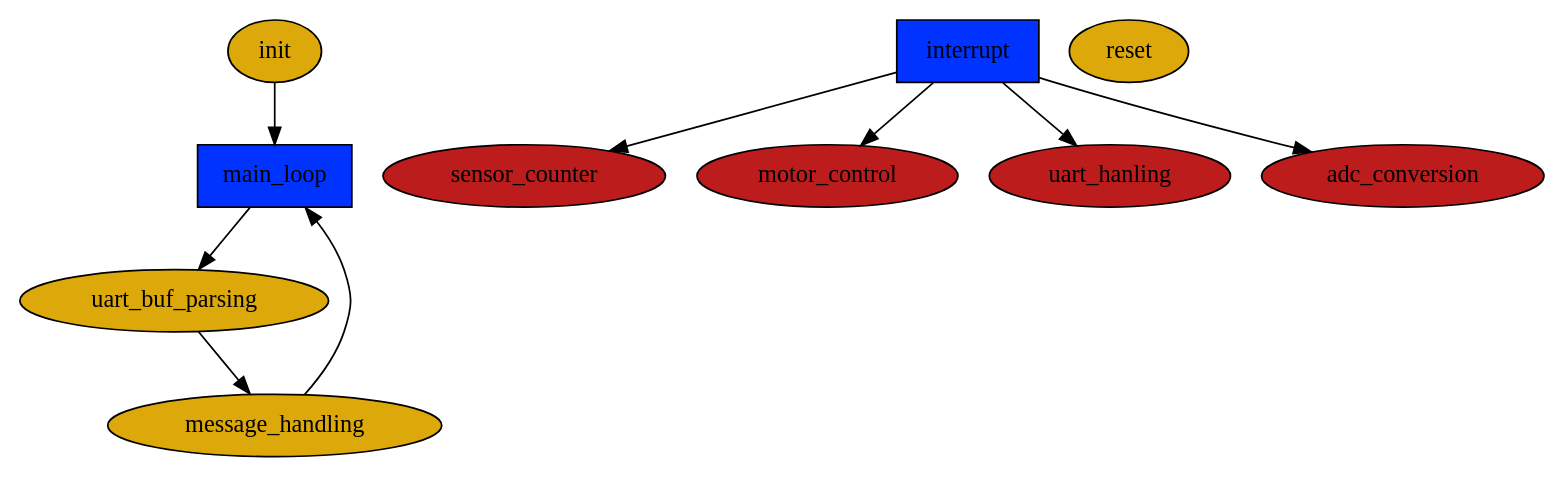
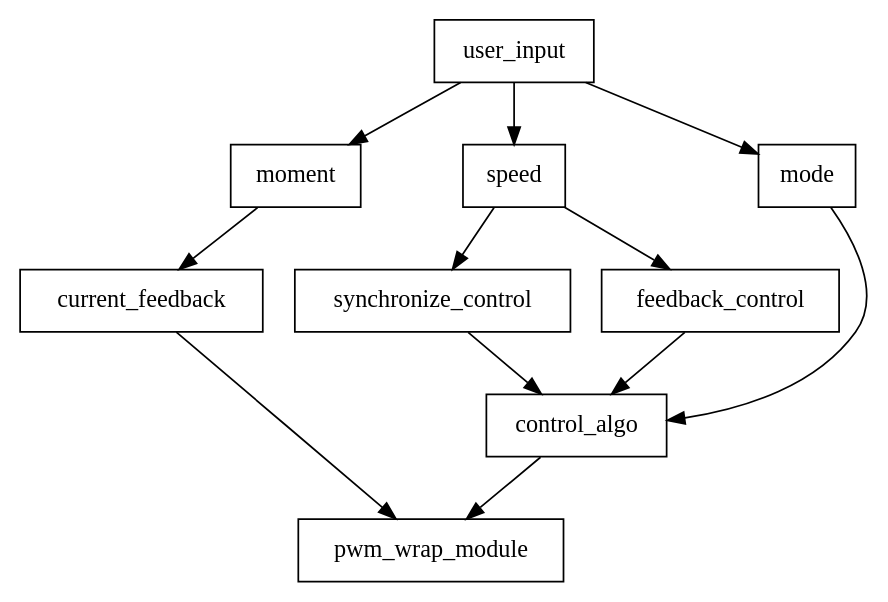
The diagram in docs/src/graph/soft_arch.dot (TheGreenBox/sattelite_step_drive), drawn with Graphviz before and after one commit. The commit also changed 1 other file, not shown here.

Commit message:
update arch in graphviz #49

```diff
--- a/docs/src/graph/soft_arch.dot
+++ b/docs/src/graph/soft_arch.dot
@@ -1,30 +1,38 @@
 digraph sat_step_ach {
     start="random";
-    // headers
-    node[shape=box, style=filled, fillcolor="#0033FF"];
-        main_loop
-        interrupt
 
-    //units
-    node[shape=oval, style=filled, fillcolor="#DCA80A"];
-        init
-        reset
-        uart_buf_parsing
-        message_handling
+    {
+        rank=same
+        user_input[shape=actor];
+    }
+    {
+        rank=same
+        moment[shape=actor];
+        speed[shape=actor];
+        mode[shape=actor];
+    }
+    {
+        rank=same
+        synchronize_control[shape=box];
+        feedback_control[shape=box];
+        current_feedback[shape=box];
+    }
+    {
+        rank=same
+        control_algo[shape=box];
+    }
+    pwm_wrap_module[shape=box];
 
-    //time-citical units
-    node[shape=oval, style=filled, fillcolor="#BC1C1C"];
-        sensor_counter
-        motor_control
-        uart_hanling
-        adc_conversion
+    user_input -> moment;
+    user_input -> speed;
+    user_input -> mode;
+    speed -> synchronize_control;
+    speed -> feedback_control;
+    moment -> current_feedback;
 
-    init -> main_loop;
-    main_loop -> uart_buf_parsing -> message_handling -> main_loop;
+    synchronize_control -> control_algo;
+    feedback_control -> control_algo;
 
-    interrupt;
-    interrupt -> sensor_counter;
-    interrupt -> motor_control;
-    interrupt -> uart_hanling;
-    interrupt -> adc_conversion;
+    mode -> control_algo -> pwm_wrap_module;
+    current_feedback -> pwm_wrap_module;
 }
```
